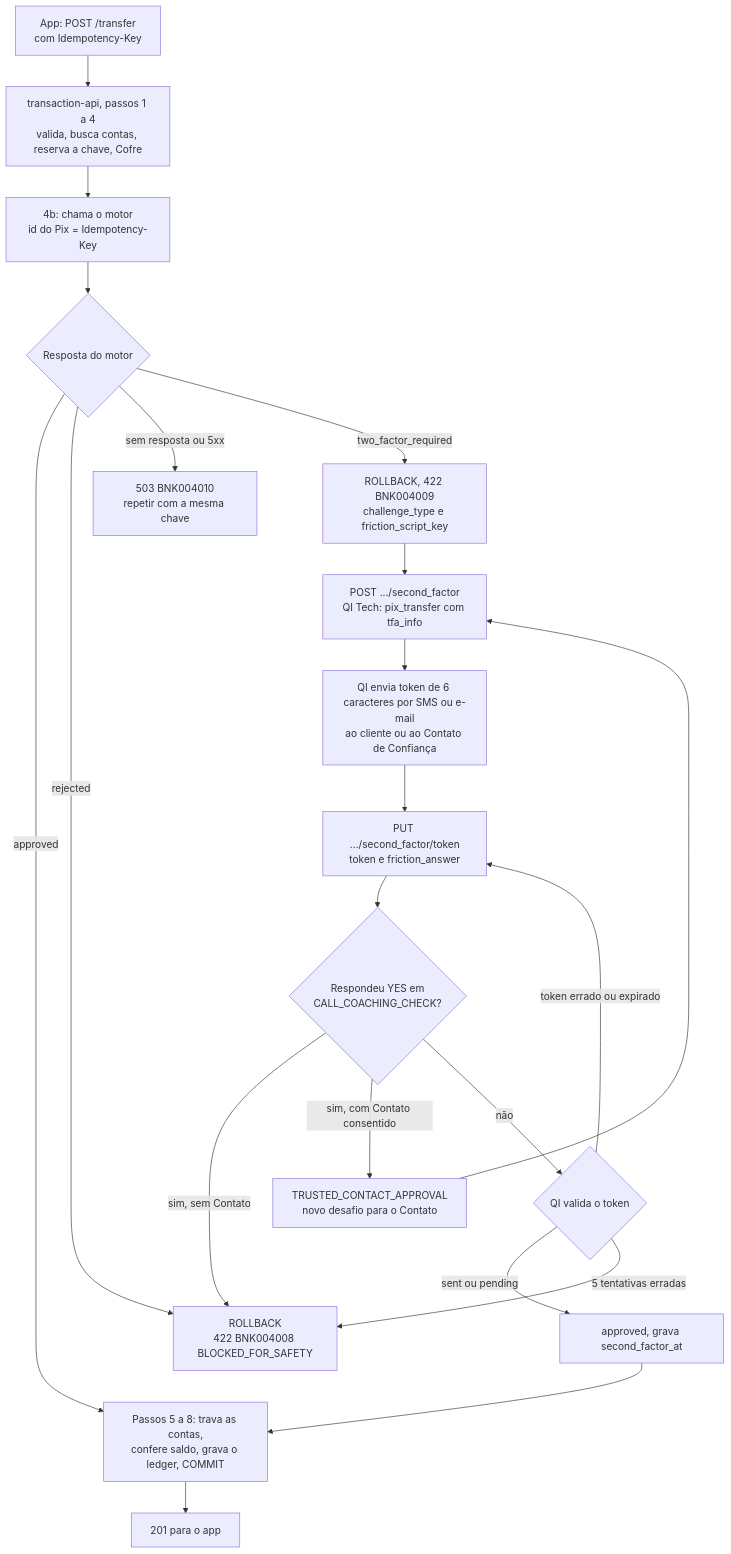
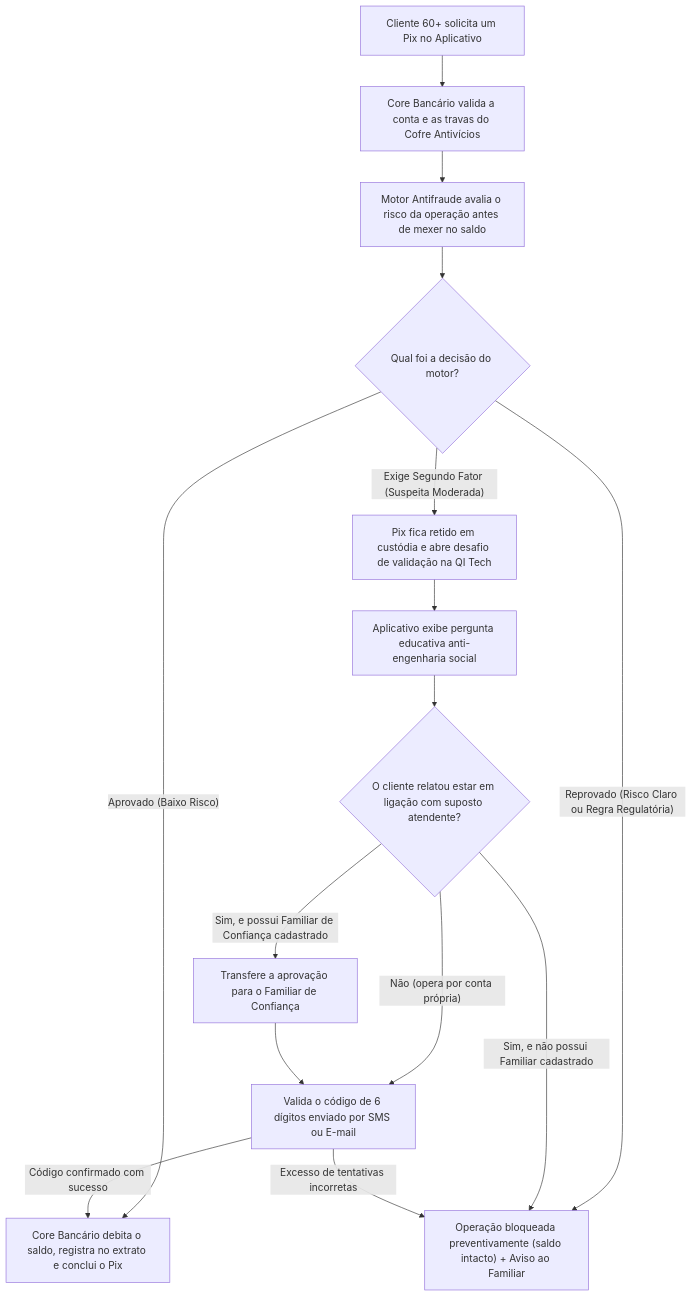
One commit to HenriqueJCManco/BootcampQITech changed the first of 6 diagrams in bootcamp-entrega-final/README.md. Above: the diagram before and after it, drawn with Mermaid. The commit also changed other lines of this file, not shown here.

````diff
--- a/bootcamp-entrega-final/README.md
+++ b/bootcamp-entrega-final/README.md
@@ -46,23 +50,21 @@
 ```mermaid
 flowchart TD
-    A["App: POST /transfer<br/>com Idempotency-Key"] --> B["transaction-api, passos 1 a 4<br/>valida, busca contas, reserva a chave, Cofre"]
-    B --> C["4b: chama o motor<br/>id do Pix = Idempotency-Key"]
-    C --> D{"Resposta do motor"}
-    D -- approved --> E["Passos 5 a 8: trava as contas,<br/>confere saldo, grava o ledger, COMMIT"]
-    E --> F["201 para o app"]
-    D -- rejected --> G["ROLLBACK<br/>422 BNK004008 BLOCKED_FOR_SAFETY"]
-    D -- "sem resposta ou 5xx" --> H["503 BNK004010<br/>repetir com a mesma chave"]
-    D -- two_factor_required --> I["ROLLBACK, 422 BNK004009<br/>challenge_type e friction_script_key"]
-    I --> J["POST .../second_factor<br/>QI Tech: pix_transfer com tfa_info"]
-    J --> K["QI envia token de 6 caracteres por SMS ou e-mail<br/>ao cliente ou ao Contato de Confiança"]
-    K --> L["PUT .../second_factor/token<br/>token e friction_answer"]
-    L --> M{"Respondeu YES em<br/>CALL_COACHING_CHECK?"}
-    M -- "sim, sem Contato" --> G
-    M -- "sim, com Contato consentido" --> O["TRUSTED_CONTACT_APPROVAL<br/>novo desafio para o Contato"]
-    O --> J
-    M -- não --> P{"QI valida o token"}
-    P -- "sent ou pending" --> N["approved, grava second_factor_at"]
-    N --> E
-    P -- "token errado ou expirado" --> L
-    P -- "5 tentativas erradas" --> G
+    A["Cliente 60+ solicita um Pix no Aplicativo"] --> B["Core Bancário valida a conta e as travas do Cofre Antivícios"]
+    B --> C["Motor Antifraude avalia o risco da operação antes de mexer no saldo"]
+    C --> D{"Qual foi a decisão do motor?"}
+
+    D -- "Aprovado (Baixo Risco)" --> E["Core Bancário debita o saldo, registra no extrato e conclui o Pix"]
+    D -- "Reprovado (Risco Claro ou Regra Regulatória)" --> F["Operação bloqueada preventivamente (saldo intacto) + Aviso ao Familiar"]
+    D -- "Exige Segundo Fator (Suspeita Moderada)" --> G["Pix fica retido em custódia e abre desafio de validação na QI Tech"]
+
+    G --> H["Aplicativo exibe pergunta educativa anti-engenharia social"]
+    H --> I{"O cliente relatou estar em ligação com suposto atendente?"}
+
+    I -- "Sim, e possui Familiar de Confiança cadastrado" --> J["Transfere a aprovação para o Familiar de Confiança"]
+    I -- "Sim, e não possui Familiar cadastrado" --> F
+    I -- "Não (opera por conta própria)" --> K["Valida o código de 6 dígitos enviado por SMS ou E-mail"]
+
+    J --> K
+    K -- "Código confirmado com sucesso" --> E
+    K -- "Excesso de tentativas incorretas" --> F
 ```
````
